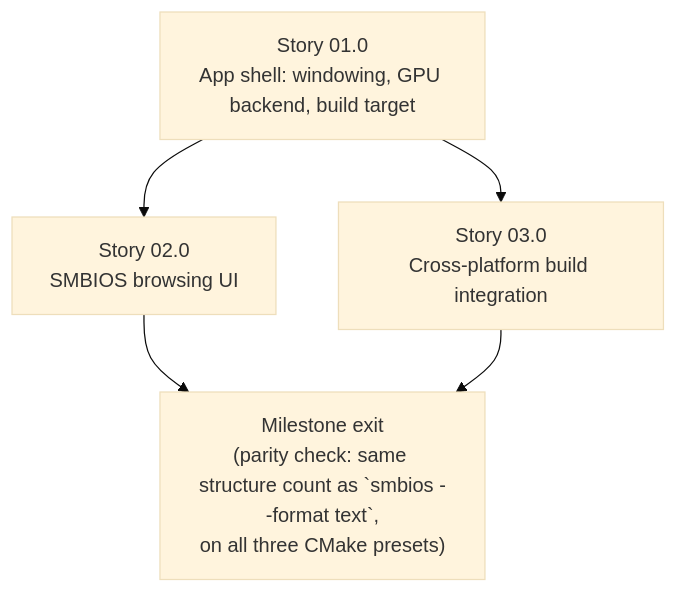
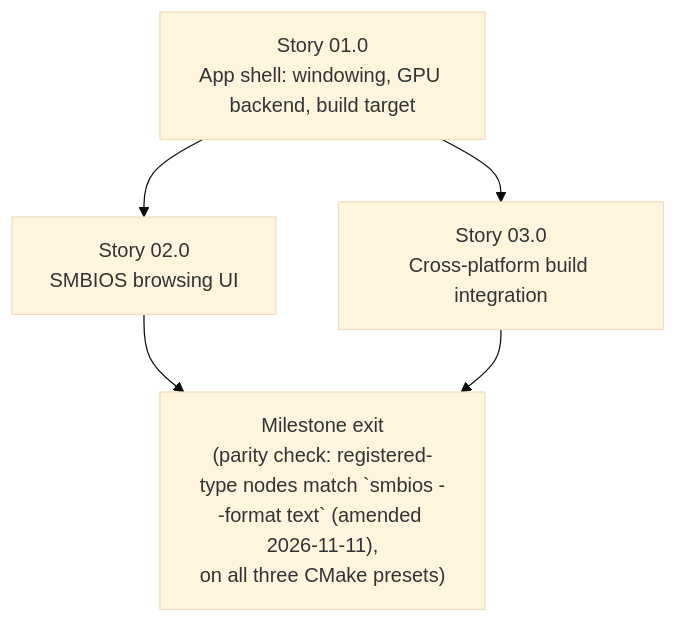
One commit to yuchdev/SmbiosUtil changed the diagram in docs/roadmap/0011-gui-visualization-tool/plan.md. Above: the diagram before and after it, drawn with Mermaid (base theme). The commit also changed other lines of this file and 18 other files, not shown here.

First line of the commit message:
docs(roadmap/0011): close stories 01.0-02.0, advance 03.0; add GUI threat model and manual test plan

````diff
--- a/docs/roadmap/0011-gui-visualization-tool/plan.md
+++ b/docs/roadmap/0011-gui-visualization-tool/plan.md
@@ -216,7 +218,7 @@
 ```mermaid
 flowchart TD
     A["Story 01.0<br/>App shell: windowing, GPU backend, build target"] --> B["Story 02.0<br/>SMBIOS browsing UI"]
     A --> C["Story 03.0<br/>Cross-platform build integration"]
-    B --> M["Milestone exit<br/>(parity check: same structure count as `smbios --format text`,<br/>on all three CMake presets)"]
+    B --> M["Milestone exit<br/>(parity check: registered-type nodes match `smbios --format text` (amended 2026-11-11),<br/>on all three CMake presets)"]
     C --> M
 ```
````
